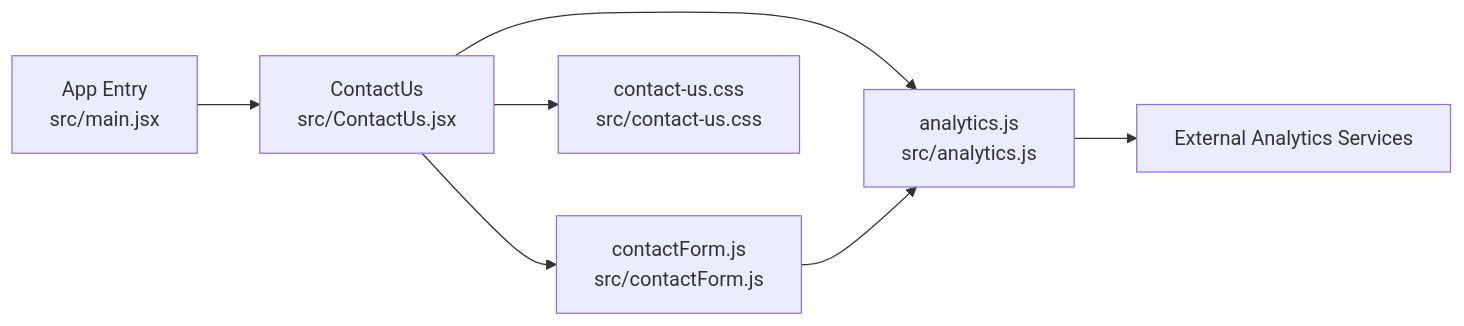
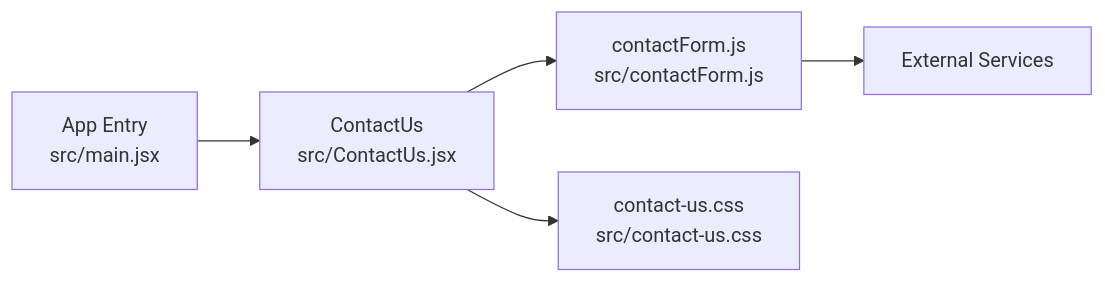
The third of 3 diagrams in .qoder/repowiki/en/content/Component Architecture/Contact System Components.md (Theja4/podiummomentum), drawn with Mermaid before and after one commit. The commit also changed other lines of this file and 35 other files, not shown here.

````diff
--- a/.qoder/repowiki/en/content/Component Architecture/Contact System Components.md
+++ b/.qoder/repowiki/en/content/Component Architecture/Contact System Components.md
@@ -231,9 +180,7 @@
 ```mermaid
 graph LR
 Main["App Entry<br/>src/main.jsx"] --> CU["ContactUs<br/>src/ContactUs.jsx"]
 CU --> CF["contactForm.js<br/>src/contactForm.js"]
 CU --> CSS["contact-us.css<br/>src/contact-us.css"]
-CU --> ANA["analytics.js<br/>src/analytics.js"]
-CF --> ANA
-ANA --> EXT["External Analytics Services"]
+CF --> EXT["External Services"]
 ```
````
